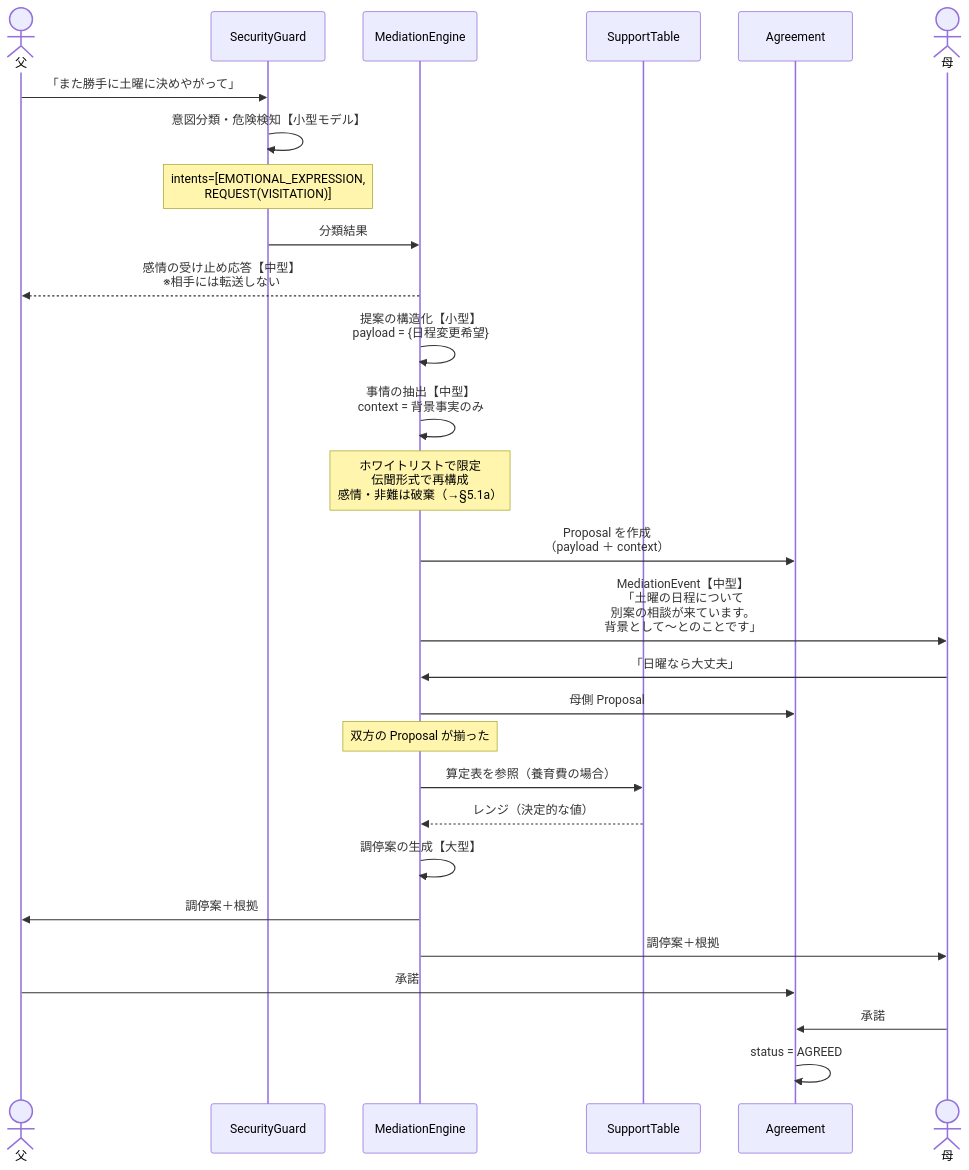
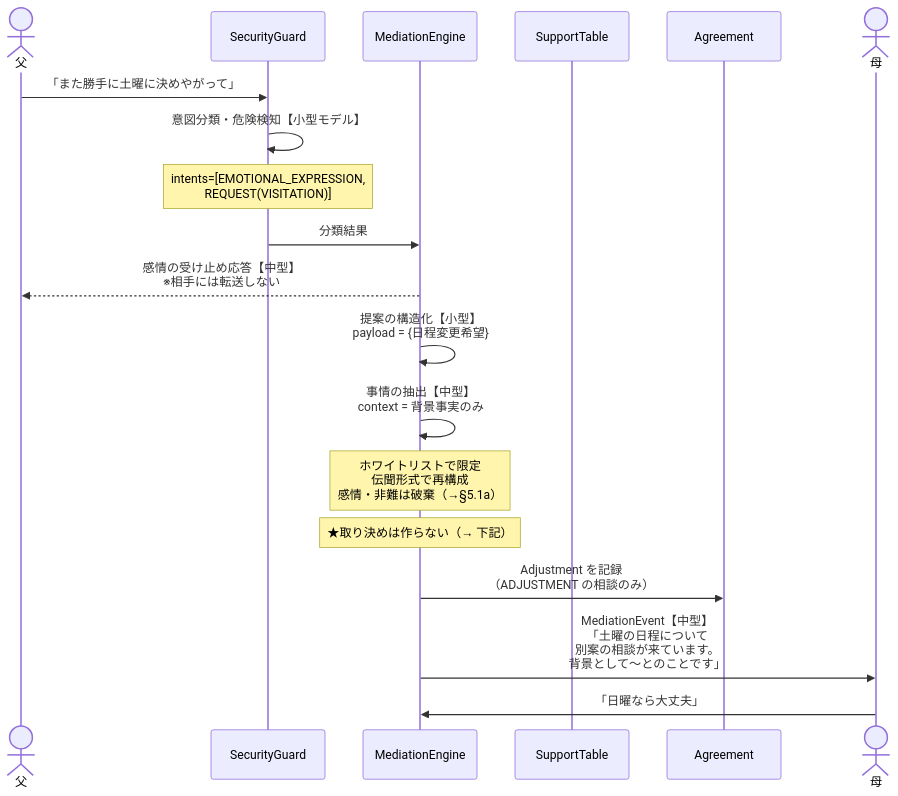
The eighth of 15 diagrams in docs/functional-design.md (sugimomoto/AIHack), drawn with Mermaid before and after one commit. The commit also changed other lines of this file and 4 other files, not shown here.

````diff
--- a/docs/functional-design.md
+++ b/docs/functional-design.md
@@ -692,36 +696,25 @@
 ```mermaid
 sequenceDiagram
     actor F as 父
     participant G as SecurityGuard
     participant E as MediationEngine
     participant T as SupportTable
     participant A as Agreement
     actor M as 母
 
     F->>G: 「また勝手に土曜に決めやがって」
     G->>G: 意図分類・危険検知【小型モデル】
     Note over G: intents=[EMOTIONAL_EXPRESSION,<br/>REQUEST(VISITATION)]
 
     G->>E: 分類結果
     E-->>F: 感情の受け止め応答【中型】<br/>※相手には転送しない
 
     E->>E: 提案の構造化【小型】<br/>payload = {日程変更希望}
     E->>E: 事情の抽出【中型】<br/>context = 背景事実のみ
     Note over E: ホワイトリストで限定<br/>伝聞形式で再構成<br/>感情・非難は破棄（→§5.1a）
-    E->>A: Proposal を作成<br/>（payload ＋ context）
+    Note over E: ★取り決めは作らない（→ 下記）
+    E->>A: Adjustment を記録<br/>（ADJUSTMENT の相談のみ）
     E->>M: MediationEvent【中型】<br/>「土曜の日程について<br/>別案の相談が来ています。<br/>背景として〜とのことです」
 
     M->>E: 「日曜なら大丈夫」
-    E->>A: 母側 Proposal
-
-    Note over E: 双方の Proposal が揃った
-    E->>T: 算定表を参照（養育費の場合）
-    T-->>E: レンジ（決定的な値）
-    E->>E: 調停案の生成【大型】
-    E->>F: 調停案＋根拠
-    E->>M: 調停案＋根拠
-
-    F->>A: 承諾
-    M->>A: 承諾
-    A->>A: status = AGREED
 ```
````
